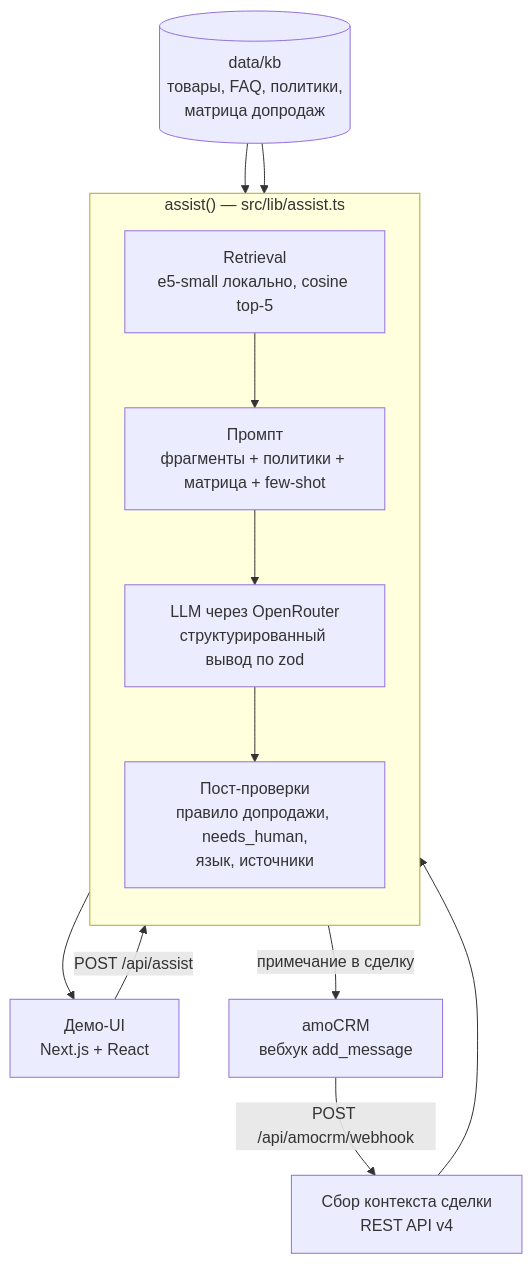
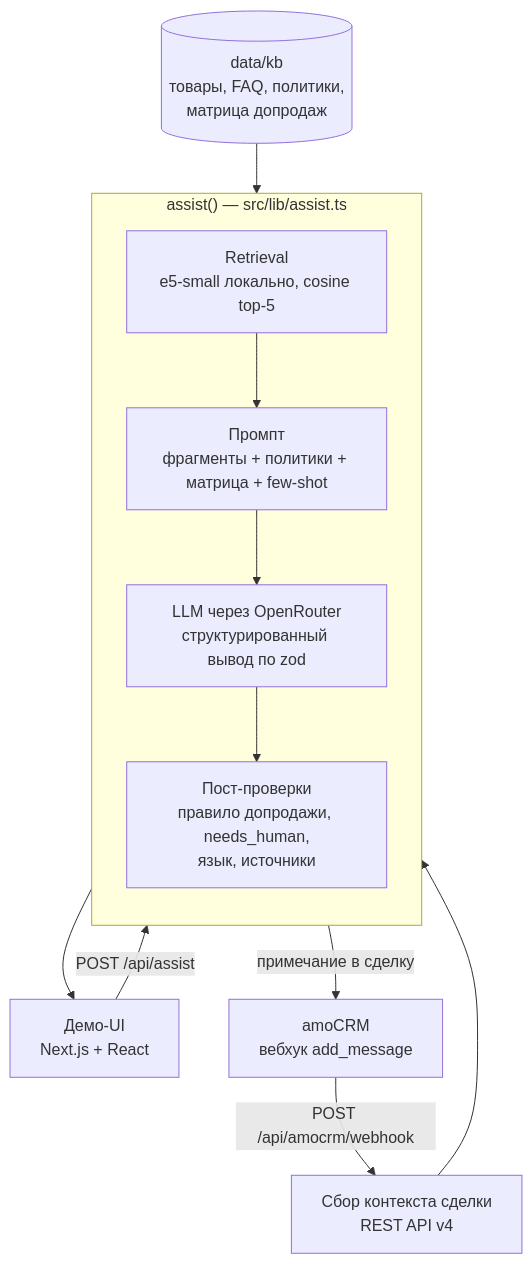
One commit to LeshBerz/o-complex-ai-assistant changed the diagram in README.md. Above: the diagram before and after it, drawn with Mermaid.

Commit message:
lead: fix README diagram layout

````diff
--- a/README.md
+++ b/README.md
@@ -28,16 +28,15 @@
 ```mermaid
 flowchart TB
     UI["Демо-UI<br/>Next.js + React"] -->|POST /api/assist| A
     CRM["amoCRM<br/>вебхук add_message"] -->|POST /api/amocrm/webhook| W["Сбор контекста сделки<br/>REST API v4"]
     W --> A
     subgraph A["assist() — src/lib/assist.ts"]
         direction TB
         R["Retrieval<br/>e5-small локально, cosine top-5"] --> P["Промпт<br/>фрагменты + политики + матрица + few-shot"]
         P --> L["LLM через OpenRouter<br/>структурированный вывод по zod"]
         L --> C["Пост-проверки<br/>правило допродажи, needs_human,<br/>язык, источники"]
     end
     KB[("data/kb<br/>товары, FAQ, политики,<br/>матрица допродаж")] --> R
-    KB --> P
     A --> UI
     A -->|примечание в сделку| CRM
 ```
````
